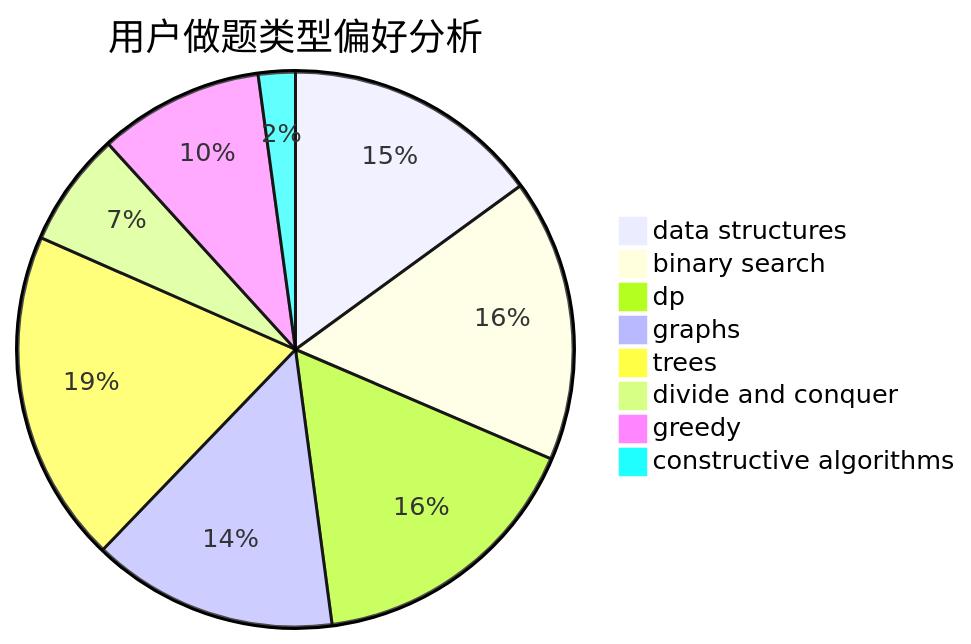
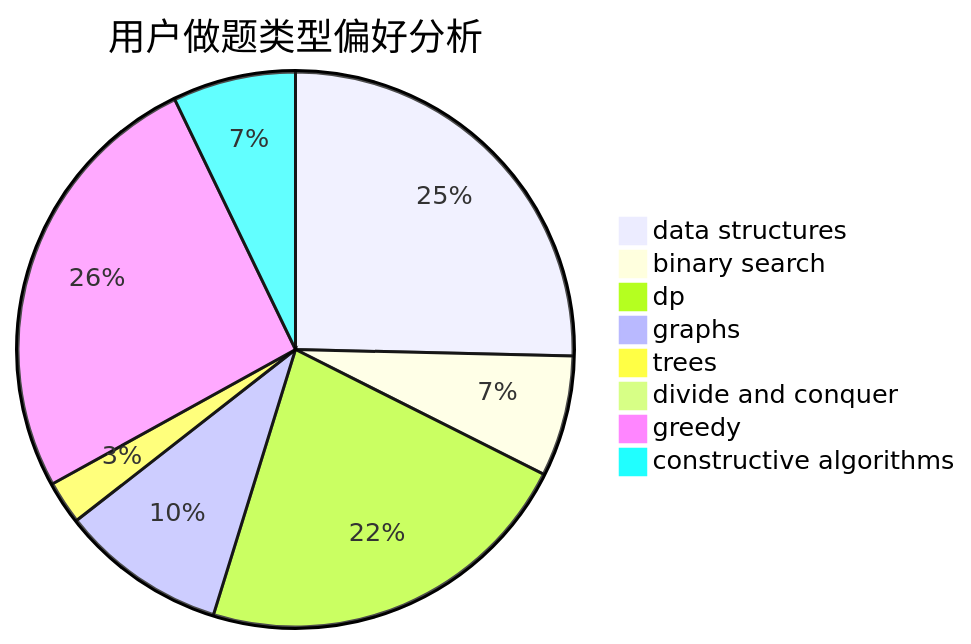
The second of 3 diagrams in docs/user/u147.md (sherpahu/cfrs.github.io), drawn with Mermaid before and after one commit. The commit also changed other lines of this file and 2770 other files, not shown here.

````diff
--- a/docs/user/u147.md
+++ b/docs/user/u147.md
@@ -23,11 +23,11 @@
 ```mermaid
 pie title 用户做题类型偏好分析
-    "data structures" :  153
-    "binary search" :  168
-    "dp" :  168
-    "graphs" :  146
-    "trees" :  198
-    "divide and conquer" :  68
-    "greedy" :  98
-    "constructive algorithms" :  22
+    "data structures" :  202
+    "binary search" :  56
+    "dp" :  178
+    "graphs" :  77
+    "trees" :  20
+    "divide and conquer" :  1
+    "greedy" :  206
+    "constructive algorithms" :  57
 ```
````
